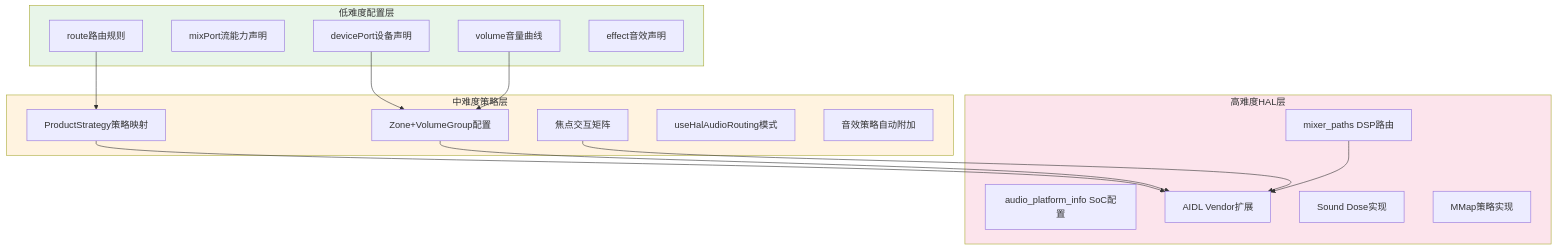
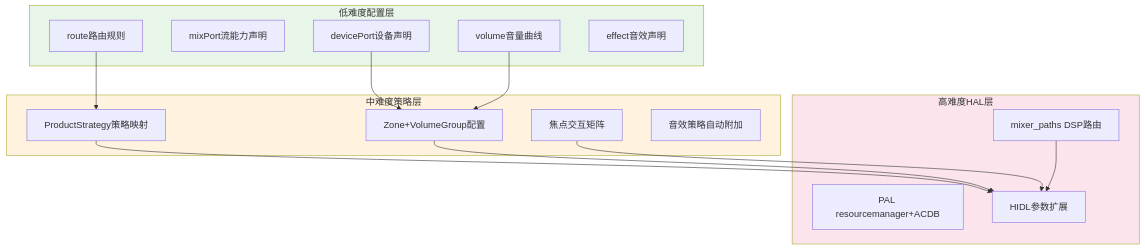
One commit to yanglinzhen1022/SA8295_AAOS_QNX_Audio_KnowledgeBase changed the second of 2 diagrams in 11_Vendor_Layer/11_11.10_OEM定制点完整矩阵.md. Above: the diagram before and after it, drawn with Mermaid. The commit also changed other lines of this file and 13 other files, not shown here.

````diff
--- a/11_Vendor_Layer/11_11.10_OEM定制点完整矩阵.md
+++ b/11_Vendor_Layer/11_11.10_OEM定制点完整矩阵.md
@@ -261,36 +274,33 @@
 ```mermaid
 graph TD
     subgraph 低难度配置层
         D1[devicePort设备声明]
         D2[mixPort流能力声明]
         D3[route路由规则]
         D4[volume音量曲线]
         D5[effect音效声明]
     end
     subgraph 中难度策略层
         M1[ProductStrategy策略映射]
         M2[Zone+VolumeGroup配置]
         M3[焦点交互矩阵]
-        M4[useHalAudioRouting模式]
-        M5[音效策略自动附加]
+        M4[音效策略自动附加]
     end
     subgraph 高难度HAL层
         H1[mixer_paths DSP路由]
-        H2[audio_platform_info SoC配置]
-        H3[AIDL Vendor扩展]
-        H4[Sound Dose实现]
-        H5[MMap策略实现]
+        H2[PAL resourcemanager+ACDB]
+        H3[HIDL参数扩展]
     end
 
     D1 --> M2
     D3 --> M1
     D4 --> M2
     M1 --> H3
     M2 --> H3
     M3 --> H3
     H1 --> H3
 
     style 低难度配置层 fill:#e8f5e9
     style 中难度策略层 fill:#fff3e0
     style 高难度HAL层 fill:#fce4ec
 ```
````
